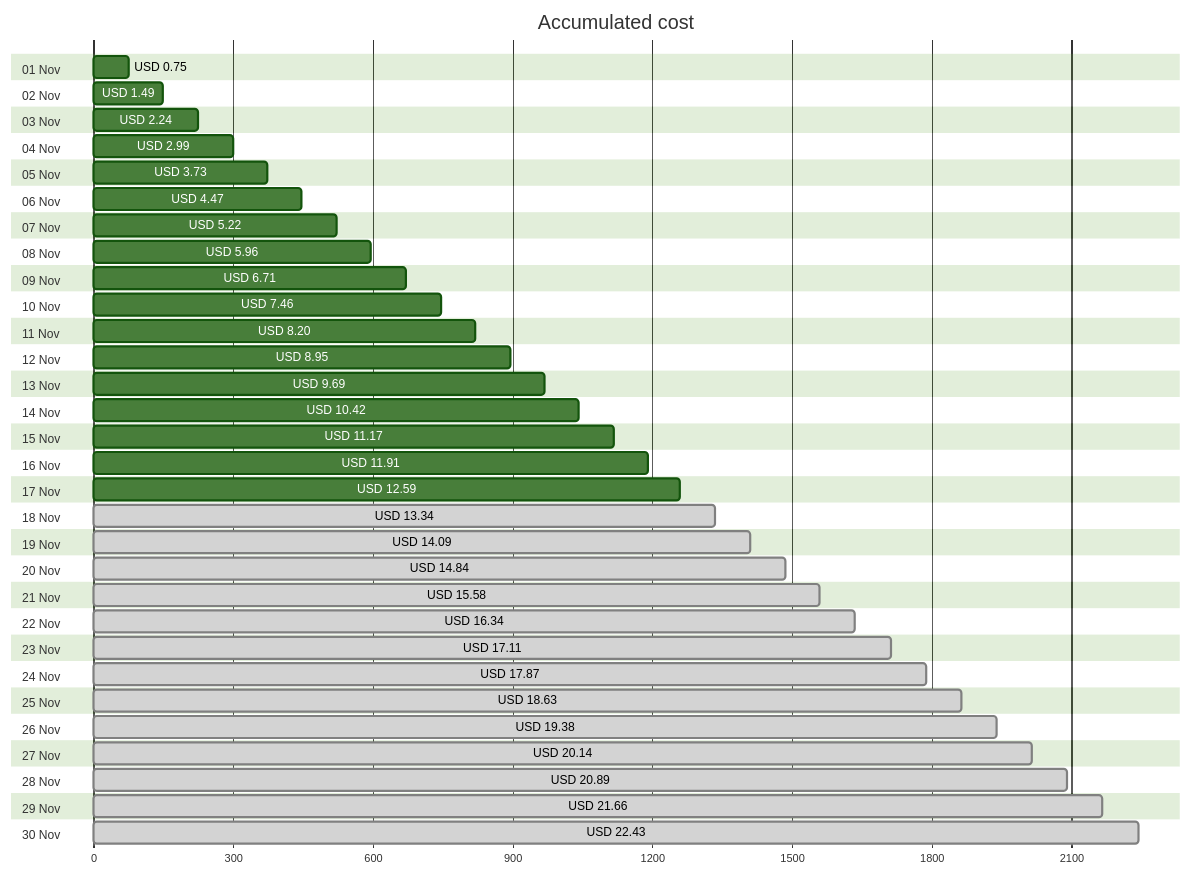
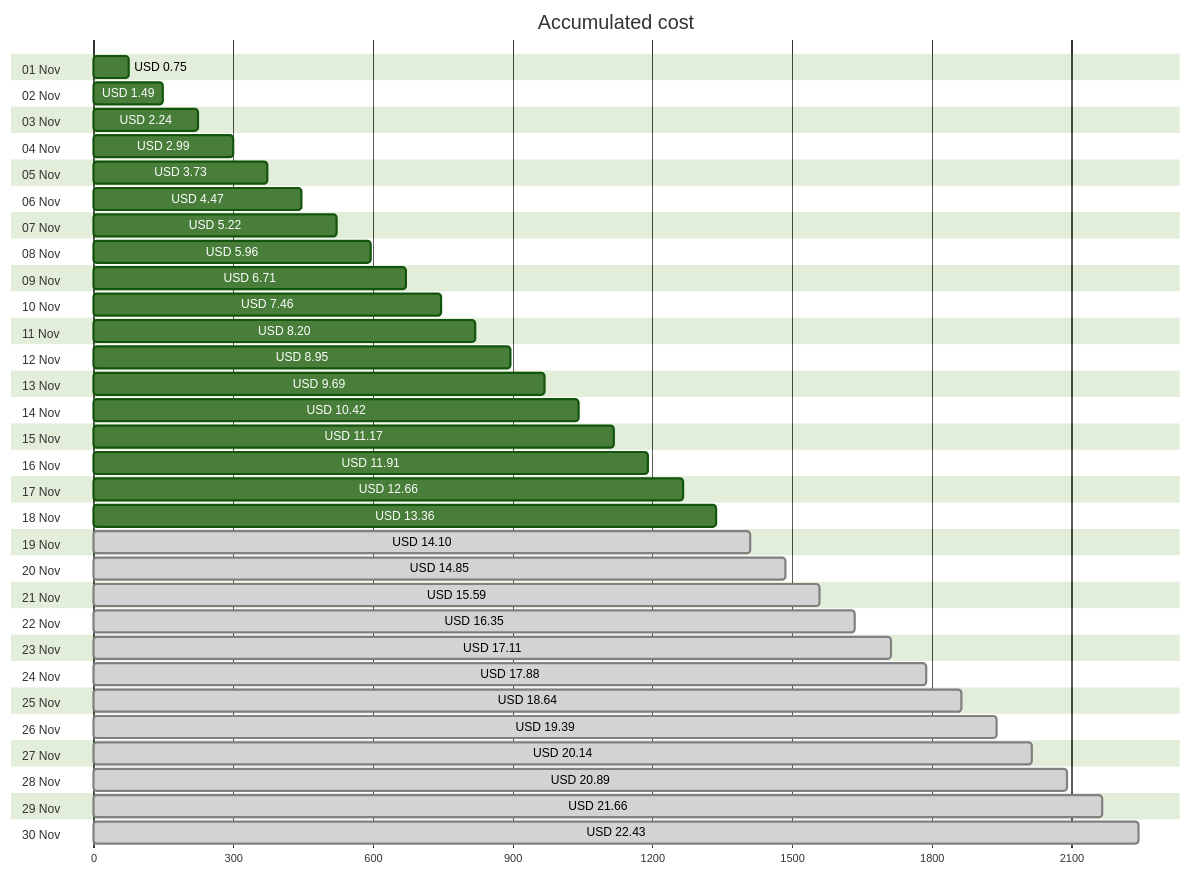
The first of 4 diagrams in cost-reports/personal-network/backup-server-data-disk.md (jpfulton/azure-personal-reports), drawn with Mermaid (forest theme) before and after one commit. The commit also changed other lines of this file and 8 other files, not shown here.

````diff
--- a/cost-reports/personal-network/backup-server-data-disk.md
+++ b/cost-reports/personal-network/backup-server-data-disk.md
@@ -20,66 +20,66 @@
 ```mermaid
 gantt
    title Accumulated cost
    dateFormat  X
    axisFormat %s
    section 01 Nov
    USD 0.75 :0, 75
    section 02 Nov
    USD 1.49 :0, 149
    section 03 Nov
    USD 2.24 :0, 224
    section 04 Nov
    USD 2.99 :0, 299
    section 05 Nov
    USD 3.73 :0, 373
    section 06 Nov
    USD 4.47 :0, 447
    section 07 Nov
    USD 5.22 :0, 522
    section 08 Nov
    USD 5.96 :0, 596
    section 09 Nov
    USD 6.71 :0, 671
    section 10 Nov
    USD 7.46 :0, 746
    section 11 Nov
    USD 8.20 :0, 820
    section 12 Nov
    USD 8.95 :0, 895
    section 13 Nov
    USD 9.69 :0, 969
    section 14 Nov
    USD 10.42 :0, 1042
    section 15 Nov
    USD 11.17 :0, 1117
    section 16 Nov
    USD 11.91 :0, 1191
    section 17 Nov
-   USD 12.59 :0, 1259
+   USD 12.66 :0, 1266
    section 18 Nov
-   USD 13.34 : done, 0, 1334
+   USD 13.36 :0, 1336
    section 19 Nov
-   USD 14.09 : done, 0, 1409
+   USD 14.10 : done, 0, 1410
    section 20 Nov
-   USD 14.84 : done, 0, 1484
+   USD 14.85 : done, 0, 1485
    section 21 Nov
-   USD 15.58 : done, 0, 1558
+   USD 15.59 : done, 0, 1559
    section 22 Nov
-   USD 16.34 : done, 0, 1634
+   USD 16.35 : done, 0, 1635
    section 23 Nov
    USD 17.11 : done, 0, 1711
    section 24 Nov
-   USD 17.87 : done, 0, 1787
+   USD 17.88 : done, 0, 1788
    section 25 Nov
-   USD 18.63 : done, 0, 1863
+   USD 18.64 : done, 0, 1864
    section 26 Nov
-   USD 19.38 : done, 0, 1938
+   USD 19.39 : done, 0, 1939
    section 27 Nov
    USD 20.14 : done, 0, 2014
    section 28 Nov
    USD 20.89 : done, 0, 2089
    section 29 Nov
    USD 21.66 : done, 0, 2166
    section 30 Nov
    USD 22.43 : done, 0, 2243
 ```
````
